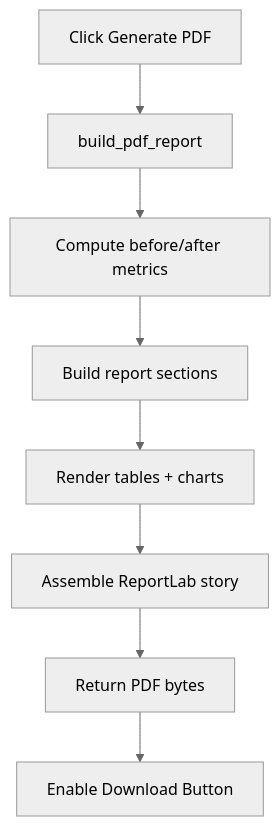
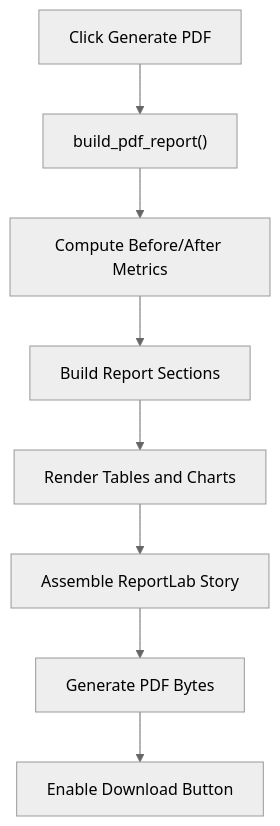
One commit to Kravi21062/DataRefine-AI-Data-Cleaner changed the sixth of 7 diagrams in README.md. Above: the diagram before and after it, drawn with Mermaid (neutral theme). The commit also changed other lines of this file, not shown here.

````diff
--- a/README.md
+++ b/README.md
@@ -97,10 +148,18 @@
 ```mermaid
 flowchart TD
-    A[Click Generate PDF] --> B[build_pdf_report]
-    B --> C[Compute before/after metrics]
-    C --> D[Build report sections]
-    D --> E[Render tables + charts]
-    E --> F[Assemble ReportLab story]
-    F --> G[Return PDF bytes]
-    G --> H[Enable Download Button]
+
+    A["Click Generate PDF"]
+        --> B["build_pdf_report()"]
+
+    B --> C["Compute Before/After Metrics"]
+
+    C --> D["Build Report Sections"]
+
+    D --> E["Render Tables and Charts"]
+
+    E --> F["Assemble ReportLab Story"]
+
+    F --> G["Generate PDF Bytes"]
+
+    G --> H["Enable Download Button"]
 ```
````
